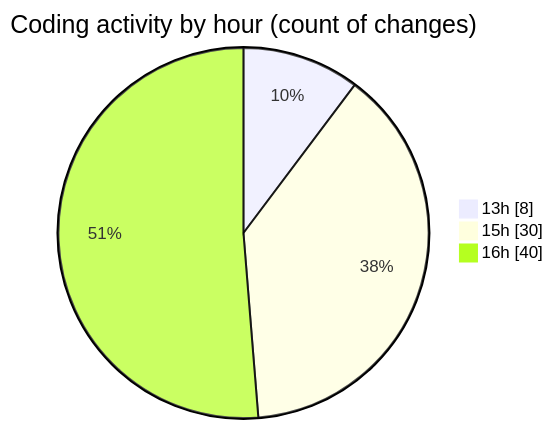
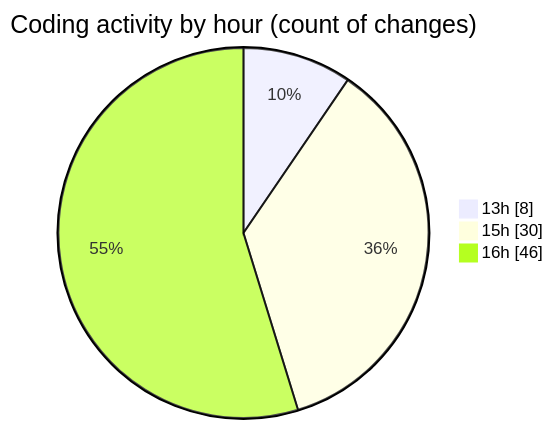
The second of 2 diagrams in 2025-04-08/nxtqube_webapp/README.md (nxtqubesakshisongat/code-tracking), drawn with Mermaid before and after one commit. The commit also changed other lines of this file and 1 other file, not shown here.

````diff
--- a/2025-04-08/nxtqube_webapp/README.md
+++ b/2025-04-08/nxtqube_webapp/README.md
@@ -32,7 +32,7 @@
 ```mermaid
 pie showData
 title Coding activity by hour (count of changes)
 "13h" : 8
 "15h" : 30
-"16h" : 40
+"16h" : 46
 ```
````
